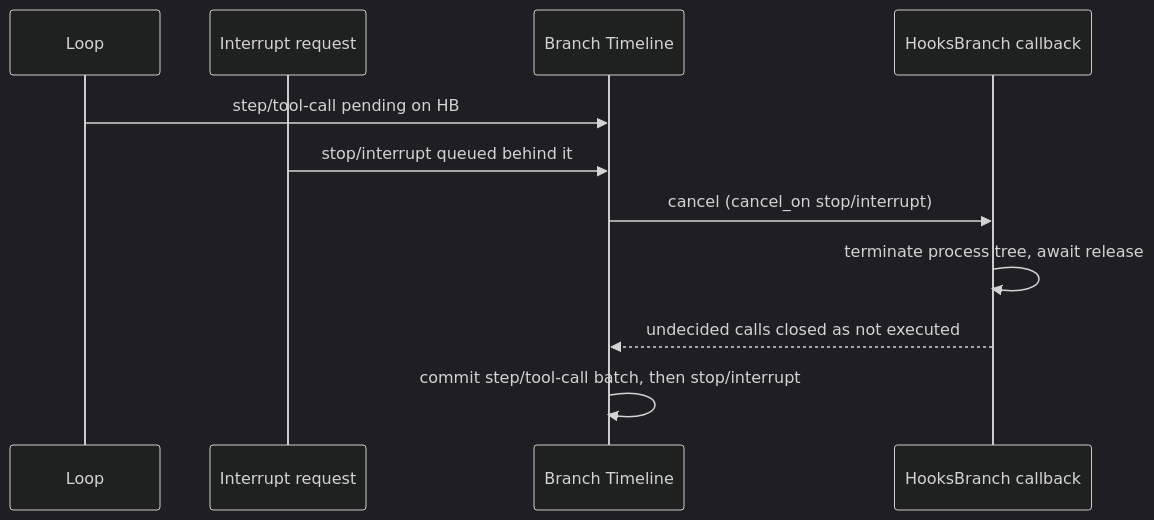
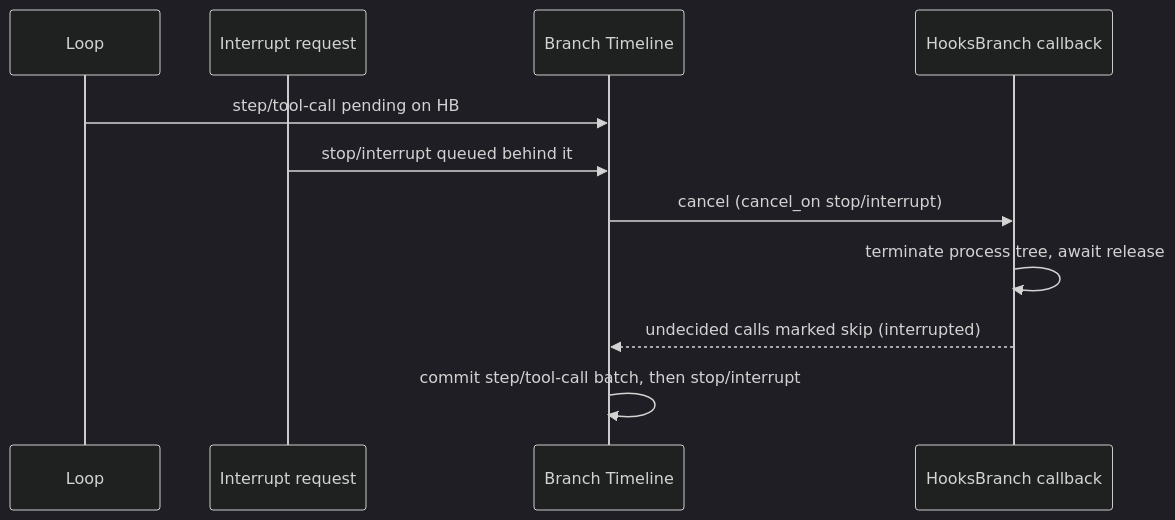
One commit to CoutinhoTTS/dim-agent changed the seventh of 7 diagrams in docs/design/plugins/Hooks.md. Above: the diagram before and after it, drawn with Mermaid (dark theme). The commit also changed other lines of this file and 42 other files, not shown here.

````diff
--- a/docs/design/plugins/Hooks.md
+++ b/docs/design/plugins/Hooks.md
@@ -168,13 +171,13 @@
 ```mermaid
 sequenceDiagram
   participant LP as Loop
   participant U as Interrupt request
   participant TL as Branch Timeline
   participant HB as HooksBranch callback
   LP->>TL: step/tool-call pending on HB
   U->>TL: stop/interrupt queued behind it
   TL->>HB: cancel (cancel_on stop/interrupt)
   HB->>HB: terminate process tree, await release
-  HB-->>TL: undecided calls closed as not executed
+  HB-->>TL: undecided calls marked skip (interrupted)
   TL->>TL: commit step/tool-call batch, then stop/interrupt
 ```
````
